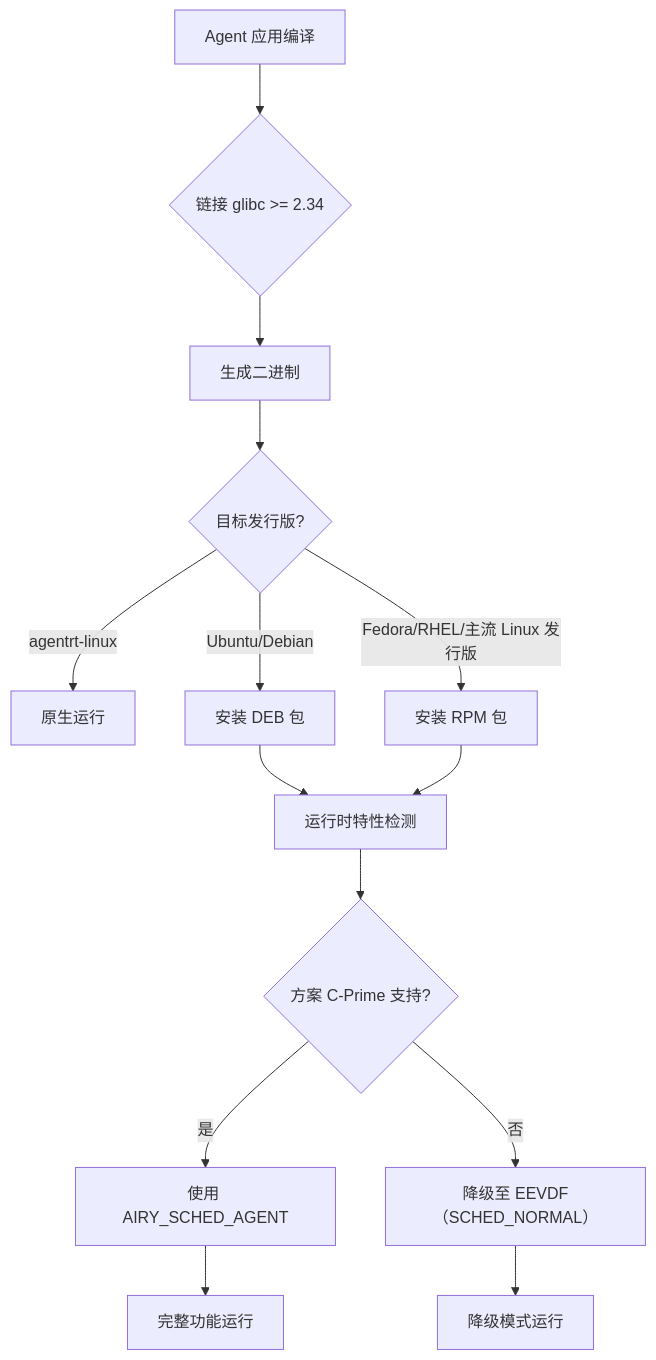
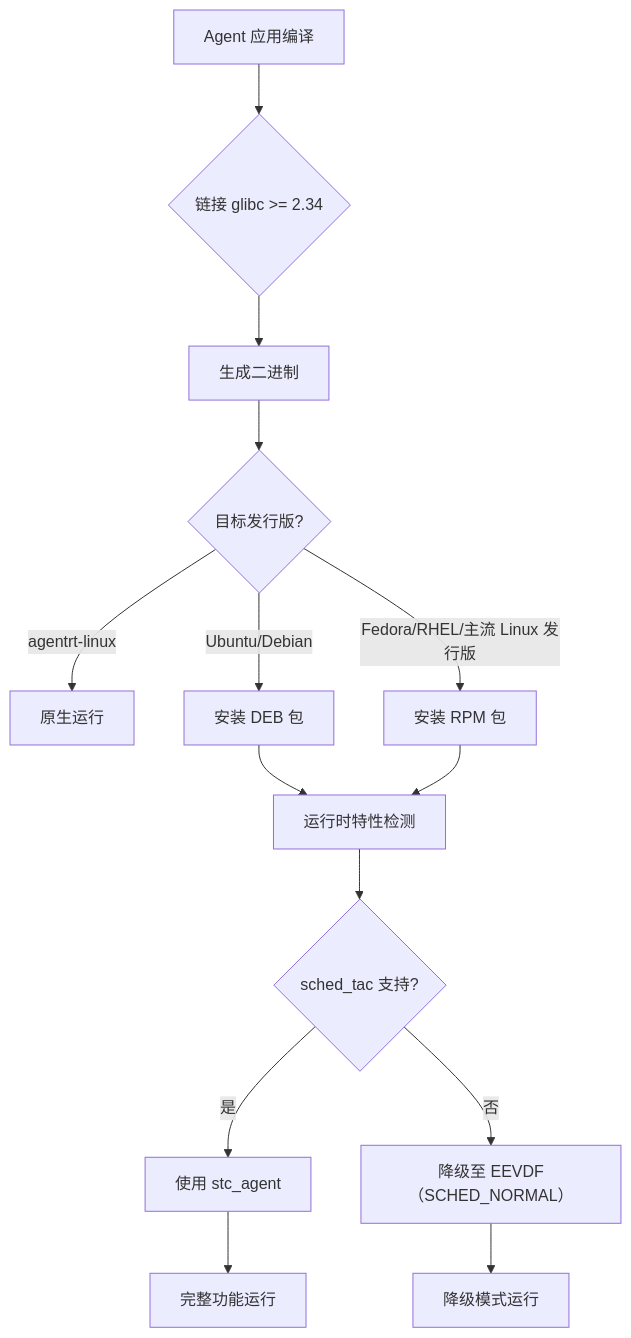
One commit to openairymax/docs-linux changed the diagram in 160-compatibility/05-cross-distro.md. Above: the diagram before and after it, drawn with Mermaid. The commit also changed other lines of this file and 181 other files, not shown here.

Commit message:
docs: 批量更新文档中的IRON-9版本与调度器命名 1. 将所有IRON-9 v2引用升级为IRON-9 v3，统一四层共享模型版本号 2. 将方案C-Prime、AIRY_SCHED_AGENT相关表述替换为sched_tac、stc_agent 3. 更新OpenStandards/README.md的许可证信息为CC-BY-4.0

````diff
--- a/160-compatibility/05-cross-distro.md
+++ b/160-compatibility/05-cross-distro.md
@@ -519,16 +519,16 @@
 ```mermaid
 graph TD
     A[Agent 应用编译] --> B{链接 glibc >= 2.34}
     B --> C[生成二进制]
     C --> D{目标发行版?}
     D -->|agentrt-linux| E[原生运行]
     D -->|Ubuntu/Debian| F[安装 DEB 包]
     D -->|Fedora/RHEL/主流 Linux 发行版| G[安装 RPM 包]
     F --> H[运行时特性检测]
     G --> H
-    H --> I{方案 C-Prime 支持?}
-    I -->|是| J[使用 AIRY_SCHED_AGENT]
+    H --> I{sched_tac 支持?}
+    I -->|是| J[使用 stc_agent]
     I -->|否| K[降级至 EEVDF（SCHED_NORMAL）]
     J --> L[完整功能运行]
     K --> M[降级模式运行]
 ```
````
